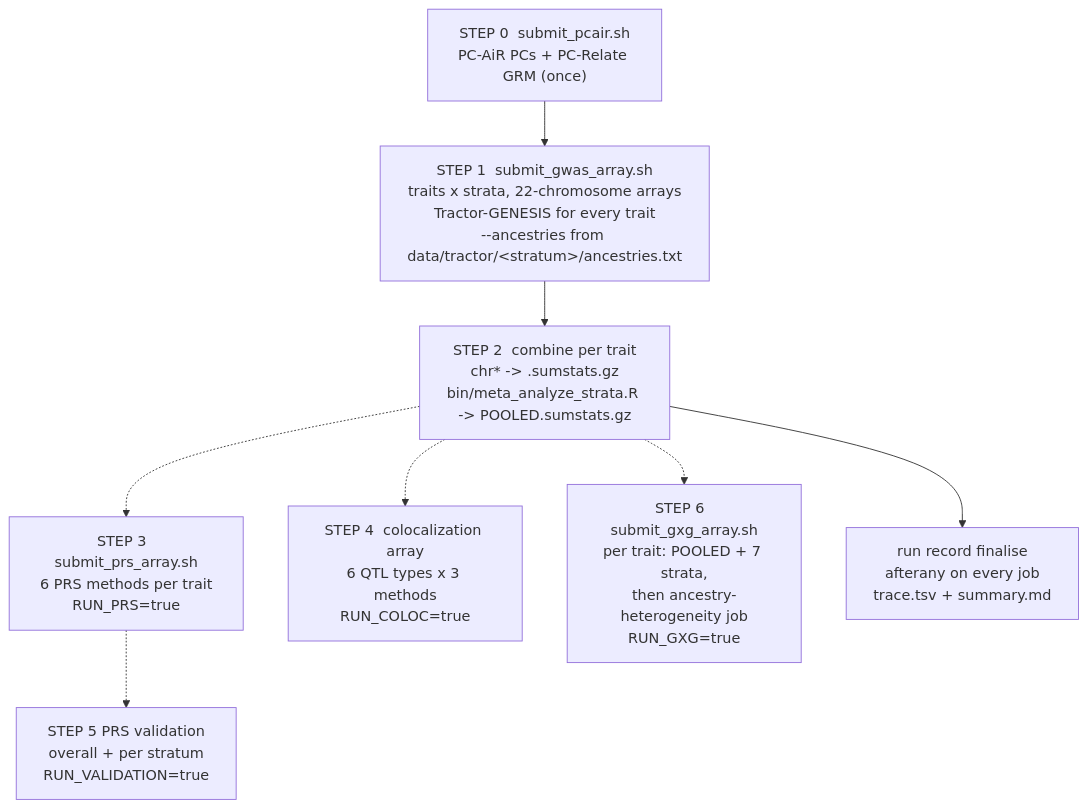
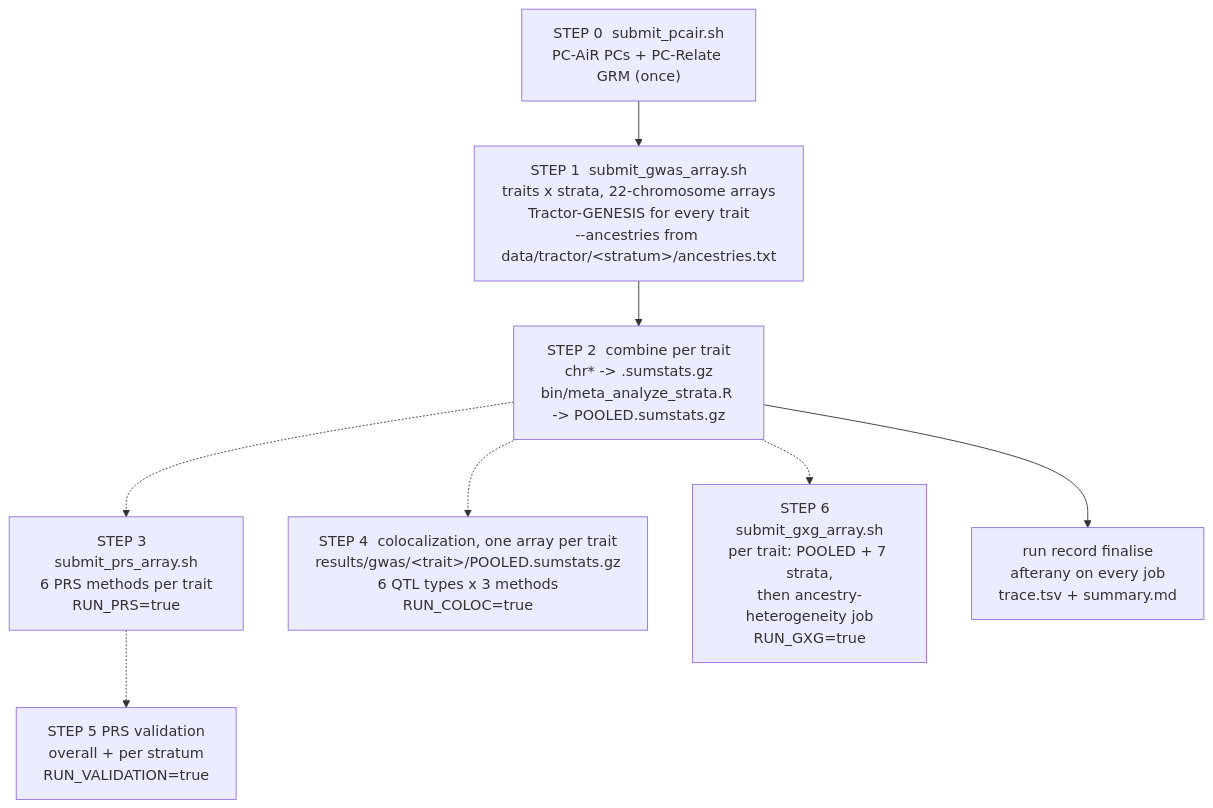
One commit to chrisrob3312/Nextflow_GWAS_pipeline changed the fourth of 4 diagrams in docs/WORKFLOW.md. Above: the diagram before and after it, drawn with Mermaid. The commit also changed other lines of this file and 3 other files, not shown here.

````diff
--- a/docs/WORKFLOW.md
+++ b/docs/WORKFLOW.md
@@ -185,17 +185,17 @@
 ```mermaid
 flowchart TD
     S0["STEP 0  submit_pcair.sh<br/>PC-AiR PCs + PC-Relate GRM (once)"]
     S1["STEP 1  submit_gwas_array.sh<br/>traits x strata, 22-chromosome arrays<br/>Tractor-GENESIS for every trait<br/>--ancestries from data/tractor/&lt;stratum&gt;/ancestries.txt"]
     S0 --> S1
     S2["STEP 2  combine per trait<br/>chr* -> <stratum>.sumstats.gz<br/>bin/meta_analyze_strata.R -> POOLED.sumstats.gz"]
     S3["STEP 3  submit_prs_array.sh<br/>6 PRS methods per trait<br/>RUN_PRS=true"]
-    S4["STEP 4  colocalization array<br/>6 QTL types x 3 methods<br/>RUN_COLOC=true"]
+    S4["STEP 4  colocalization, one array per trait<br/>results/gwas/&lt;trait&gt;/POOLED.sumstats.gz<br/>6 QTL types x 3 methods<br/>RUN_COLOC=true"]
     S5["STEP 5  PRS validation<br/>overall + per stratum<br/>RUN_VALIDATION=true"]
     S6["STEP 6  submit_gxg_array.sh<br/>per trait: POOLED + 7 strata,<br/>then ancestry-heterogeneity job<br/>RUN_GXG=true"]
     F["run record finalise<br/>afterany on every job<br/>trace.tsv + summary.md"]
     S1 --> S2
     S2 -.-> S3 -.-> S5
     S2 -.-> S4
     S2 -.-> S6
     S2 --> F
 ```
````
